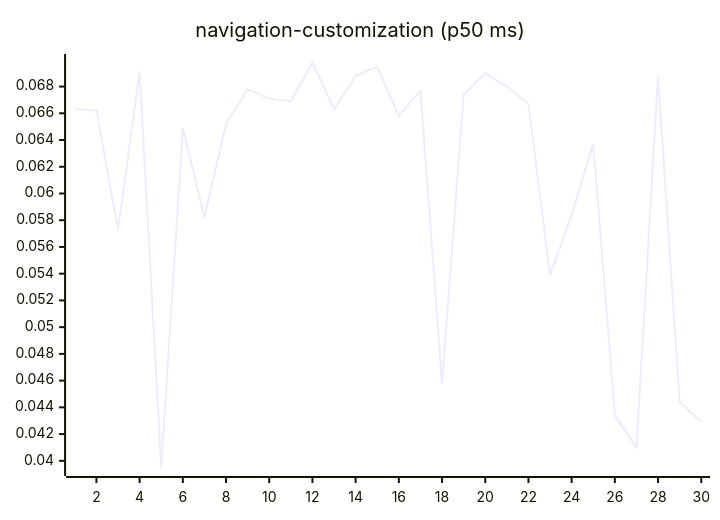
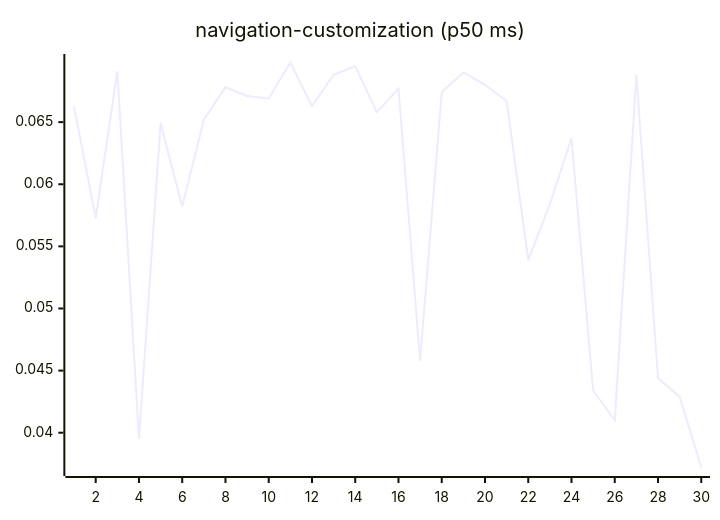
One commit to josha/Facet changed diagram 15 of 27 in README.md. Above: the diagram before and after it, drawn with Mermaid. The commit also changed other lines of this file and 2 other files, not shown here.

````diff
--- a/README.md
+++ b/README.md
@@ -161,6 +161,6 @@
 ```mermaid
 xychart-beta
     title "navigation-customization (p50 ms)"
     x-axis 1 --> 30
-    line [0.0663, 0.0662, 0.0573, 0.0691, 0.0395, 0.0649, 0.0582, 0.0652, 0.0678, 0.0671, 0.0669, 0.0698, 0.0663, 0.0688, 0.0695, 0.0658, 0.0677, 0.0458, 0.0674, 0.0690, 0.0680, 0.0667, 0.0539, 0.0584, 0.0637, 0.0434, 0.0410, 0.0688, 0.0444, 0.0429]
+    line [0.0662, 0.0573, 0.0691, 0.0395, 0.0649, 0.0582, 0.0652, 0.0678, 0.0671, 0.0669, 0.0698, 0.0663, 0.0688, 0.0695, 0.0658, 0.0677, 0.0458, 0.0674, 0.0690, 0.0680, 0.0667, 0.0539, 0.0584, 0.0637, 0.0434, 0.0410, 0.0688, 0.0444, 0.0429, 0.0372]
 ```
````
